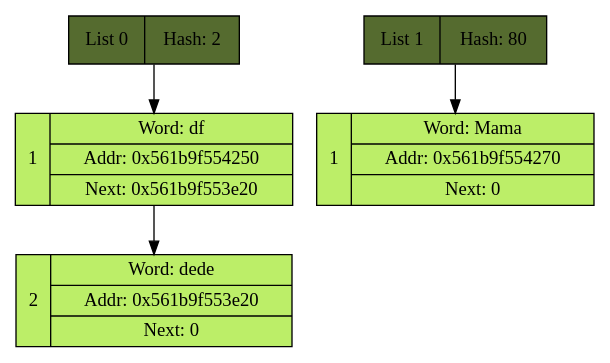
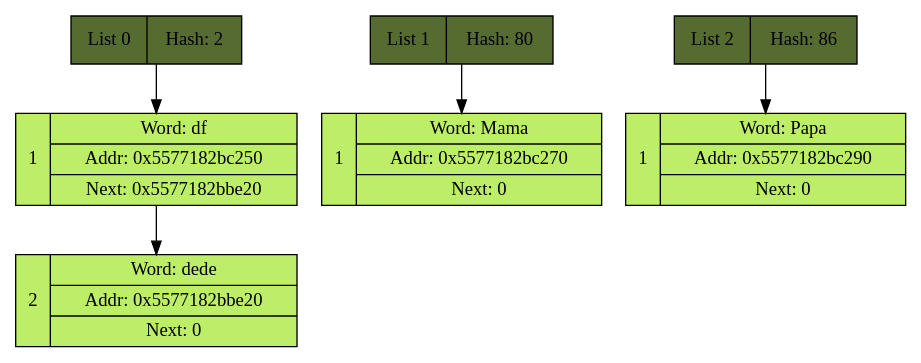
One commit to greggregbean/hashtable changed the diagram in textGraph.dot. Above: the diagram before and after it, drawn with Graphviz. The commit also changed 2 other files, not shown here.

```diff
--- a/textGraph.dot
+++ b/textGraph.dot
@@ -1,13 +1,17 @@
 digraph 
 {
  2 [shape=record, fillcolor = darkolivegreen, style = filled, label = "List 0 | Hash: 2"]
- df [shape=record, fillcolor = darkolivegreen2, style = filled, label = " 1 | {Word: df| Addr: 0x561b9f554250| Next: 0x561b9f553e20} "]
- dede [shape=record, fillcolor = darkolivegreen2, style = filled, label = " 2 | {Word: dede| Addr: 0x561b9f553e20| Next: 0} "]
+ df [shape=record, fillcolor = darkolivegreen2, style = filled, label = " 1 | {Word: df| Addr: 0x5577182bc250| Next: 0x5577182bbe20} "]
+ dede [shape=record, fillcolor = darkolivegreen2, style = filled, label = " 2 | {Word: dede| Addr: 0x5577182bbe20| Next: 0} "]
  df -> dede;
  2 -> df; 
 
  80 [shape=record, fillcolor = darkolivegreen, style = filled, label = "List 1 | Hash: 80"]
- Mama [shape=record, fillcolor = darkolivegreen2, style = filled, label = " 1 | {Word: Mama| Addr: 0x561b9f554270| Next: 0} "]
+ Mama [shape=record, fillcolor = darkolivegreen2, style = filled, label = " 1 | {Word: Mama| Addr: 0x5577182bc270| Next: 0} "]
  80 -> Mama; 
 
+ 86 [shape=record, fillcolor = darkolivegreen, style = filled, label = "List 2 | Hash: 86"]
+ Papa [shape=record, fillcolor = darkolivegreen2, style = filled, label = " 1 | {Word: Papa| Addr: 0x5577182bc290| Next: 0} "]
+ 86 -> Papa; 
+
 }
```
